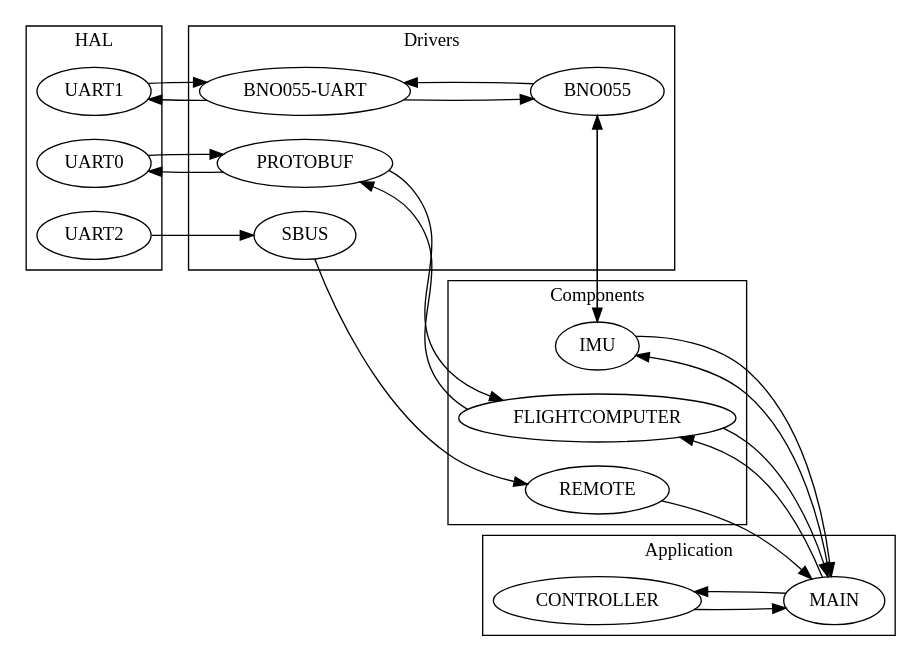
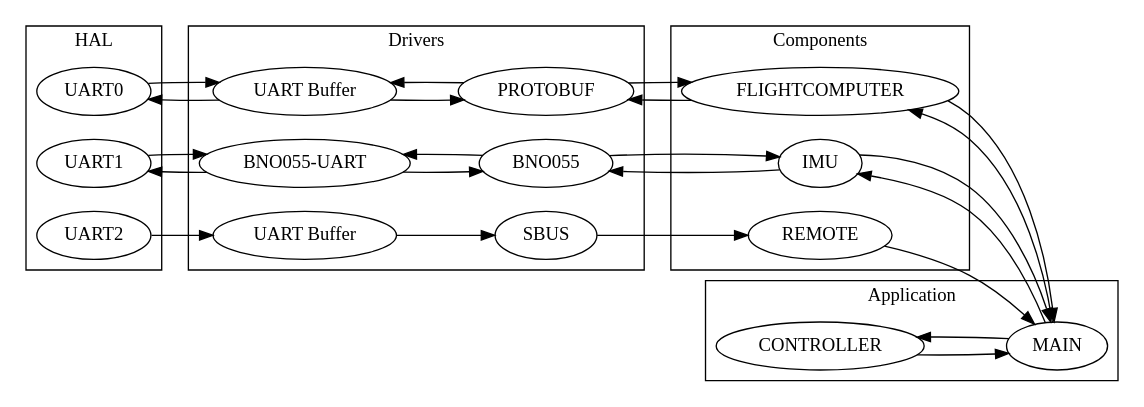
Before and after one commit to ToolboxPlane/Design: the diagram in chapters/02_requirements/fcs.dot, drawn with Graphviz. The commit also changed 12 other files, not shown here.

```diff
--- a/chapters/02_requirements/fcs.dot
+++ b/chapters/02_requirements/fcs.dot
@@ -1,62 +1,64 @@
 digraph {
     rankdir = "LR";
 
     subgraph clusterHAL {
         label="HAL"
         UART0;
         UART1;
         UART2;
     }
 
     subgraph clusterDrivers {
         label="Drivers"
-        BNO055UART [
-            label = "BNO055-UART";
-        ];
+        BNO055UART [label = "BNO055-UART";];
         BNO055;
+        UART_RX_BUFFER0 [label="UART Buffer"]
+        UART_RX_BUFFER2 [label="UART Buffer"]
 
         BNO055 ->BNO055UART;
         BNO055UART -> BNO055;
-        SBUS;
-        PROTOBUF;
+        
+        UART_RX_BUFFER2 -> SBUS;
+        UART_RX_BUFFER0 -> PROTOBUF;
+        PROTOBUF -> UART_RX_BUFFER0;
     }
 
     subgraph clusterComponents {
         label="Components"
         IMU;    
         REMOTE;
         FLIGHTCOMPUTER;
     }
 
     subgraph clusterApplication {
         label="Application"
         CONTROLLER;
         MAIN;
     }
 
     UART1 -> BNO055UART;
     BNO055UART -> UART1;
 
-    UART2 -> SBUS;
+    UART2 -> UART_RX_BUFFER2;
 
-    UART0 -> PROTOBUF;
-    PROTOBUF -> UART0;
+    UART0 -> UART_RX_BUFFER0;
+    UART_RX_BUFFER0 -> UART0;
 
     BNO055 -> IMU;
     IMU -> BNO055;
 
     SBUS -> REMOTE;
     PROTOBUF -> FLIGHTCOMPUTER;
     FLIGHTCOMPUTER -> PROTOBUF;
 
     IMU -> MAIN;
     MAIN -> IMU;
 
     REMOTE -> MAIN;
 
     FLIGHTCOMPUTER -> MAIN;
     MAIN -> FLIGHTCOMPUTER;
 
     MAIN -> CONTROLLER;
     CONTROLLER -> MAIN;
 }
```
